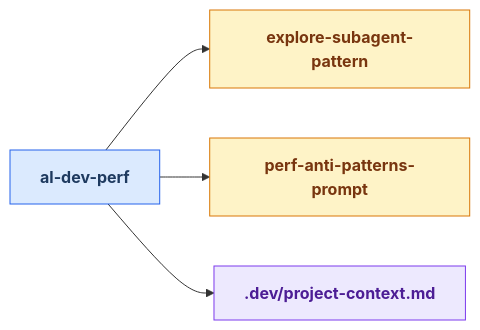
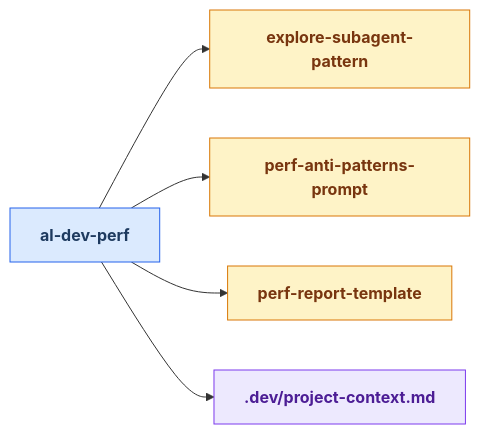
One commit to russell-laing/al-dev-shared changed diagram 18 of 24 in docs/al-dev-skills-map.md. Above: the diagram before and after it, drawn with Mermaid. The commit also changed other lines of this file and 6 other files, not shown here.

````diff
--- a/docs/al-dev-skills-map.md
+++ b/docs/al-dev-skills-map.md
@@ -866,22 +877,25 @@
 ```mermaid
 flowchart LR
     classDef skillNode fill:#dbeafe,stroke:#2563eb,color:#1e3a5f,font-weight:bold
     classDef agentNode fill:#d1fae5,stroke:#059669,color:#064e3b,font-weight:bold
     classDef knowledgeNode fill:#fef3c7,stroke:#d97706,color:#78350f,font-weight:bold
     classDef artifactNode fill:#ede9fe,stroke:#7c3aed,color:#4c1d95,font-weight:bold
     classDef phaseNode fill:#e0e7ff,stroke:#6366f1,color:#312e81,font-weight:bold
 
     skill_al_dev_perf[al-dev-perf]
     knowledge_explore_subagent_pattern_md[explore-subagent-pattern]
     knowledge_perf_anti_patterns_prompt_md[perf-anti-patterns-prompt]
+    knowledge_perf_report_template_md[perf-report-template]
     artifact_project_context_md[.dev/project-context.md]
 
     skill_al_dev_perf --> knowledge_explore_subagent_pattern_md
     skill_al_dev_perf --> knowledge_perf_anti_patterns_prompt_md
+    skill_al_dev_perf --> knowledge_perf_report_template_md
     skill_al_dev_perf --> artifact_project_context_md
 
     class skill_al_dev_perf skillNode
     class knowledge_explore_subagent_pattern_md knowledgeNode
     class knowledge_perf_anti_patterns_prompt_md knowledgeNode
+    class knowledge_perf_report_template_md knowledgeNode
     class artifact_project_context_md artifactNode
 ```
````
